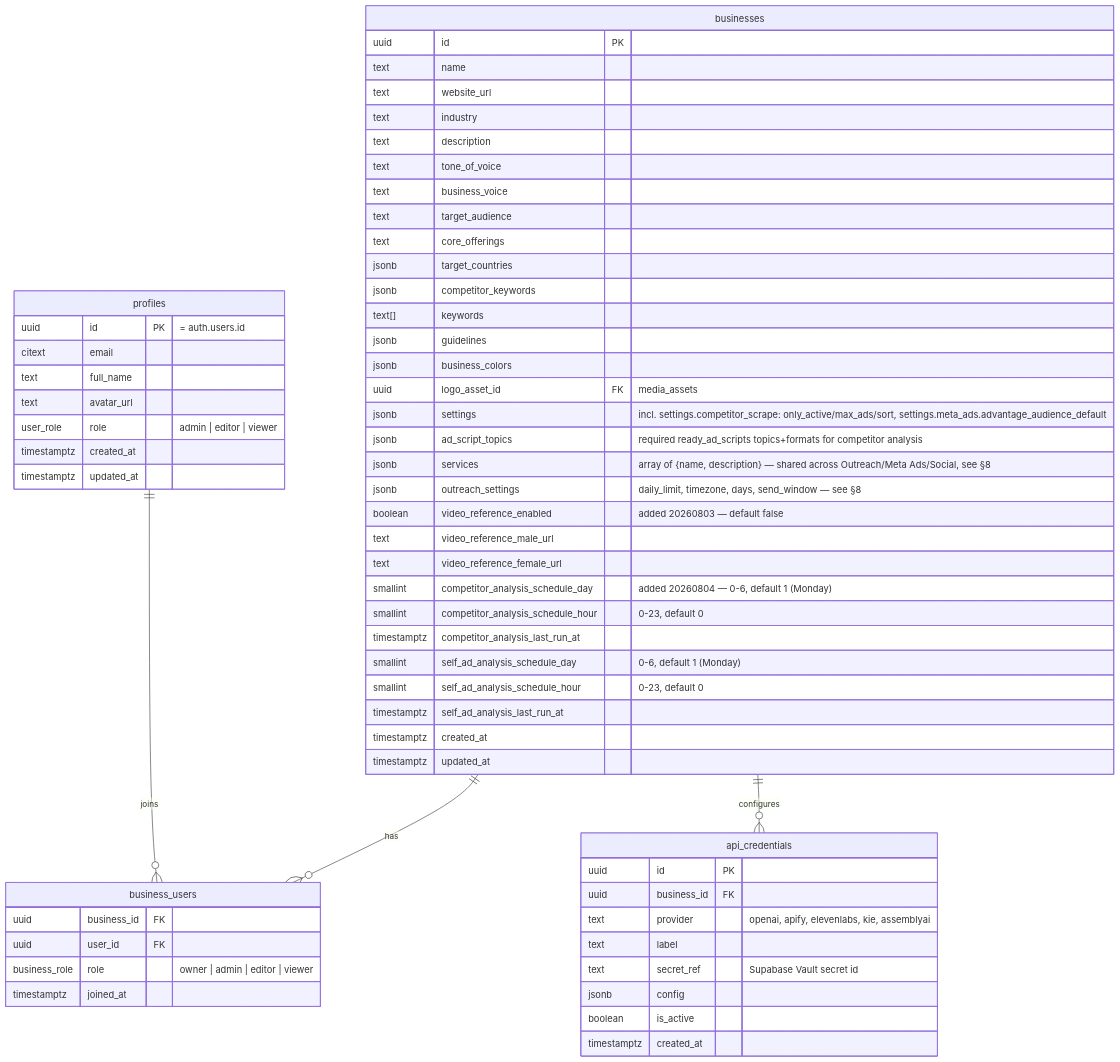
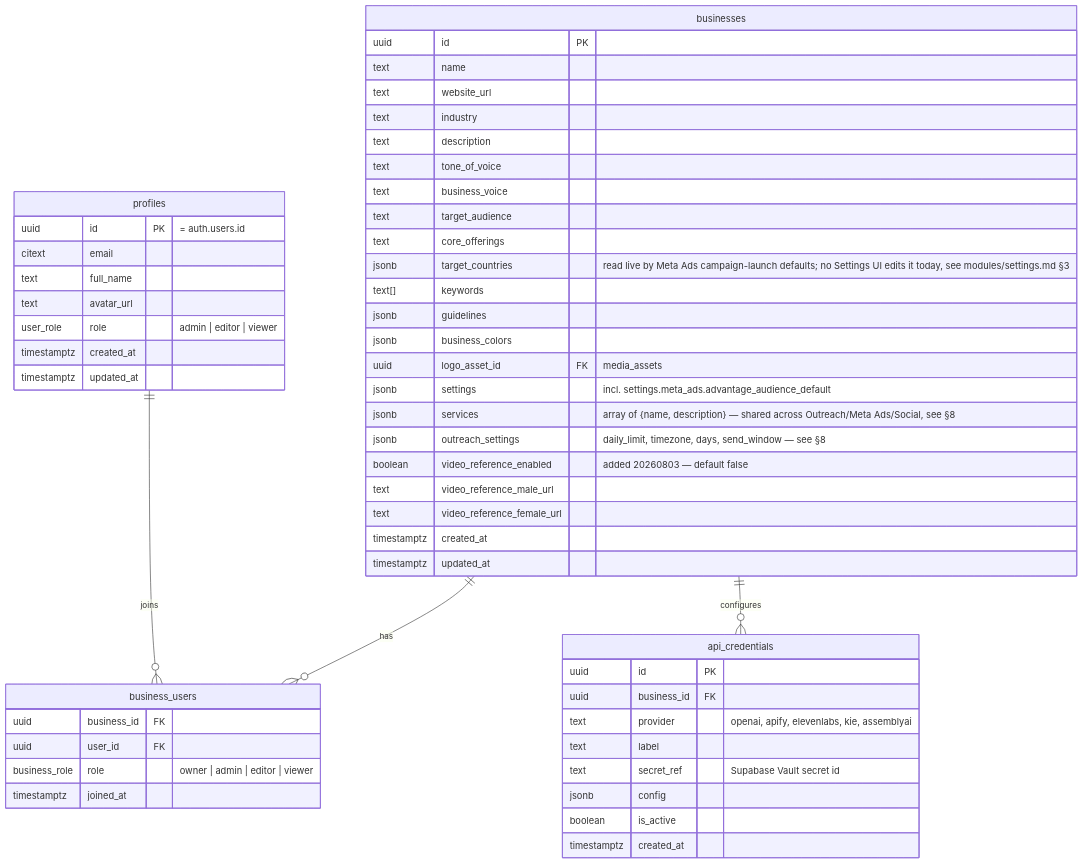
Before and after one commit to Aumatic-AI/Kinetix: the first of 8 diagrams in docs/architecture/database_schema.md, drawn with Mermaid. The commit also changed other lines of this file and 27 other files, not shown here.

````diff
--- a/docs/architecture/database_schema.md
+++ b/docs/architecture/database_schema.md
@@ -20,67 +19,59 @@
 ```mermaid
 erDiagram
     profiles ||--o{ business_users : "joins"
     businesses ||--o{ business_users : "has"
     businesses ||--o{ api_credentials : "configures"
 
     profiles {
         uuid id PK "= auth.users.id"
         citext email
         text full_name
         text avatar_url
         user_role role "admin | editor | viewer"
         timestamptz created_at
         timestamptz updated_at
     }
 
     businesses {
         uuid id PK
         text name
         text website_url
         text industry
         text description
         text tone_of_voice
         text business_voice
         text target_audience
         text core_offerings
-        jsonb target_countries
-        jsonb competitor_keywords
+        jsonb target_countries "read live by Meta Ads campaign-launch defaults; no Settings UI edits it today, see modules/settings.md §3"
         text[] keywords
         jsonb guidelines
         jsonb business_colors
         uuid logo_asset_id FK "media_assets"
-        jsonb settings "incl. settings.competitor_scrape: only_active/max_ads/sort, settings.meta_ads.advantage_audience_default"
-        jsonb ad_script_topics "required ready_ad_scripts topics+formats for competitor analysis"
+        jsonb settings "incl. settings.meta_ads.advantage_audience_default"
         jsonb services "array of {name, description} — shared across Outreach/Meta Ads/Social, see §8"
         jsonb outreach_settings "daily_limit, timezone, days, send_window — see §8"
         boolean video_reference_enabled "added 20260803 — default false"
         text video_reference_male_url
         text video_reference_female_url
-        smallint competitor_analysis_schedule_day "added 20260804 — 0-6, default 1 (Monday)"
-        smallint competitor_analysis_schedule_hour "0-23, default 0"
-        timestamptz competitor_analysis_last_run_at
-        smallint self_ad_analysis_schedule_day "0-6, default 1 (Monday)"
-        smallint self_ad_analysis_schedule_hour "0-23, default 0"
-        timestamptz self_ad_analysis_last_run_at
         timestamptz created_at
         timestamptz updated_at
     }
 
     business_users {
         uuid business_id FK
         uuid user_id FK
         business_role role "owner | admin | editor | viewer"
         timestamptz joined_at
     }
 
     api_credentials {
         uuid id PK
         uuid business_id FK
         text provider "openai, apify, elevenlabs, kie, assemblyai"
         text label
         text secret_ref "Supabase Vault secret id"
         jsonb config
         boolean is_active
         timestamptz created_at
     }
 ```
````
